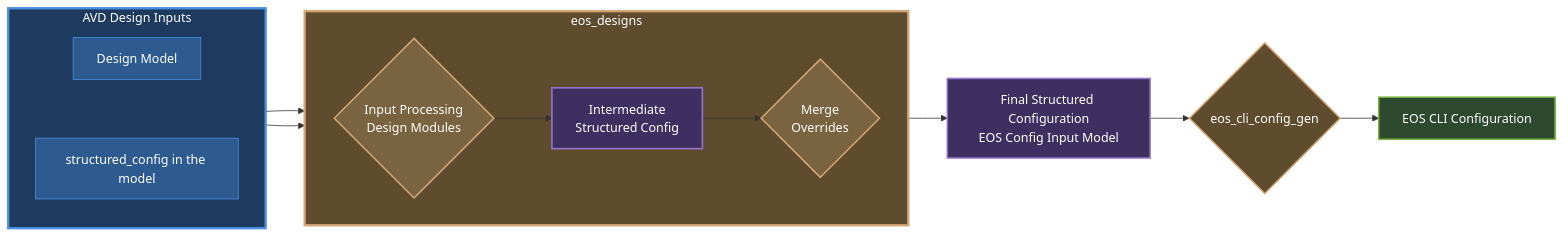
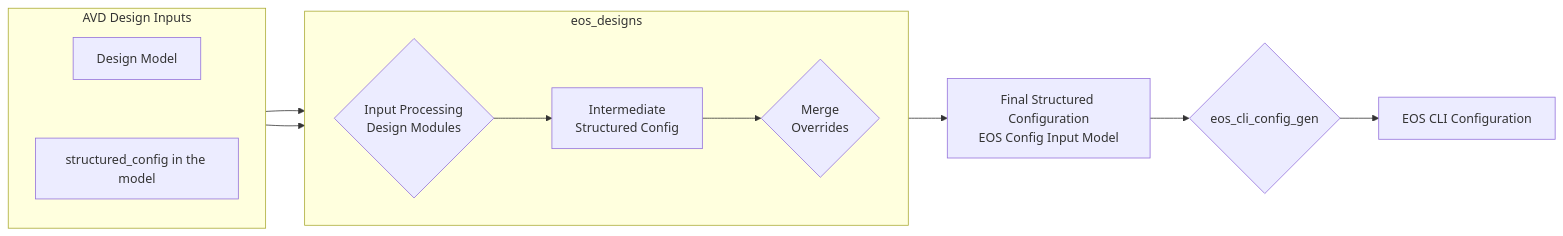
Before and after one commit to aristanetworks/avd: the fifth of 8 diagrams in docs/getting-started/avd-usage-patterns.md, drawn with Mermaid. The commit also changed other lines of this file, not shown here.

````diff
--- a/docs/getting-started/avd-usage-patterns.md
+++ b/docs/getting-started/avd-usage-patterns.md
@@ -158,33 +138,22 @@
 ```mermaid
 graph LR
     A1 --> B1
     A2 --> B4
     B4 --> C[Final Structured Configuration<br/>EOS Config Input Model]
     C --> D{eos_cli_config_gen}
     D --> E[EOS CLI Configuration]
 
     subgraph A[AVD Design Inputs]
         direction TB
         A1[Design Model]
         A2[structured_config in the model]
         %% This forces A1 above A2 without a visible line
         A1 ~~~ A2
     end
 
     subgraph B[eos_designs]
         direction LR
         B1{Input Processing<br/>Design Modules} --> B2[Intermediate<br/>Structured Config]
         B2 --> B4{Merge<br/>Overrides}
     end
-
-    style A fill:#1e3a5f,stroke:#4a90e2,stroke-width:3px,color:#fff
-    style A1 fill:#2d5a8f,stroke:#4a90e2,stroke-width:1px,color:#fff
-    style A2 fill:#2d5a8f,stroke:#4a90e2,stroke-width:1px,color:#fff
-    style B fill:#5f4c2e,stroke:#d4a574,stroke-width:3px,color:#fff
-    style B1 fill:#7a6340,stroke:#d4a574,stroke-width:2px,color:#fff
-    style B2 fill:#3d2f5f,stroke:#9575cd,stroke-width:2px,color:#fff
-    style B4 fill:#7a6340,stroke:#d4a574,stroke-width:2px,color:#fff
-    style C fill:#3d2f5f,stroke:#9575cd,stroke-width:2px,color:#fff
-    style D fill:#5f4c2e,stroke:#d4a574,stroke-width:2px,color:#fff
-    style E fill:#2d4a2e,stroke:#7cb342,stroke-width:2px,color:#fff
 ```
````
